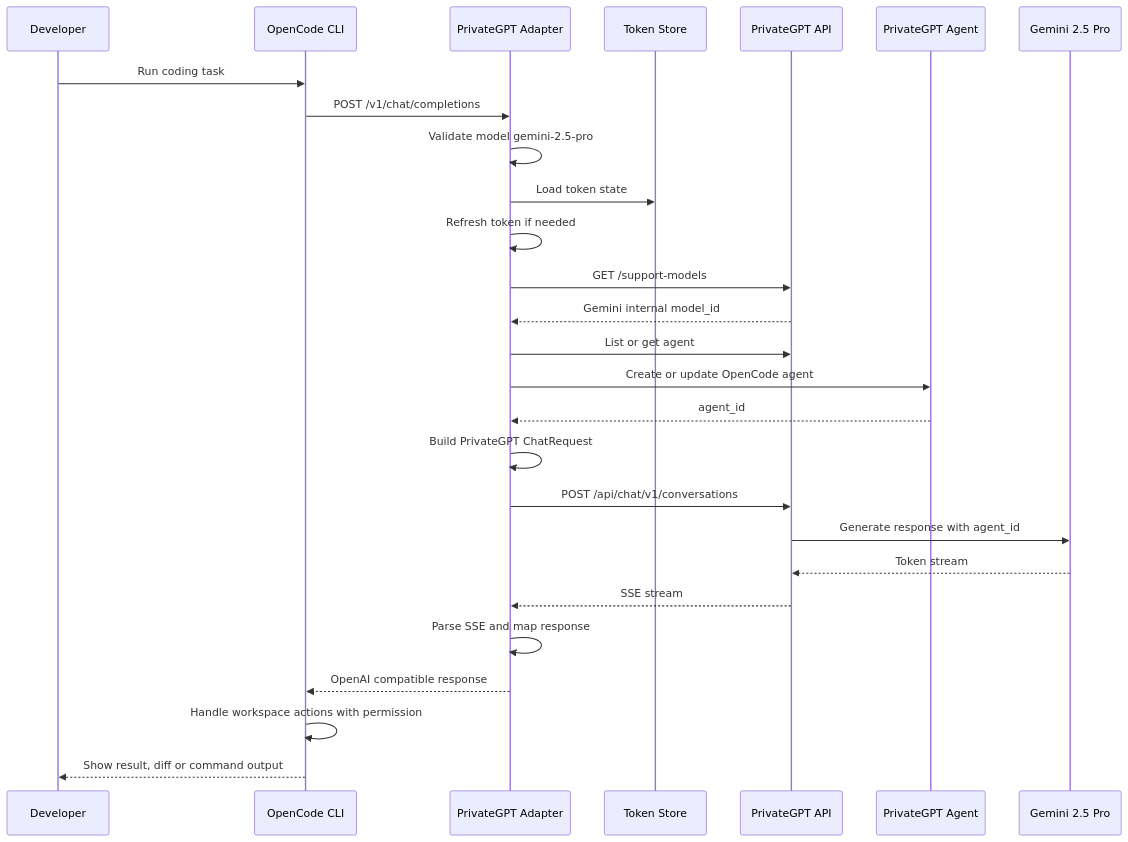
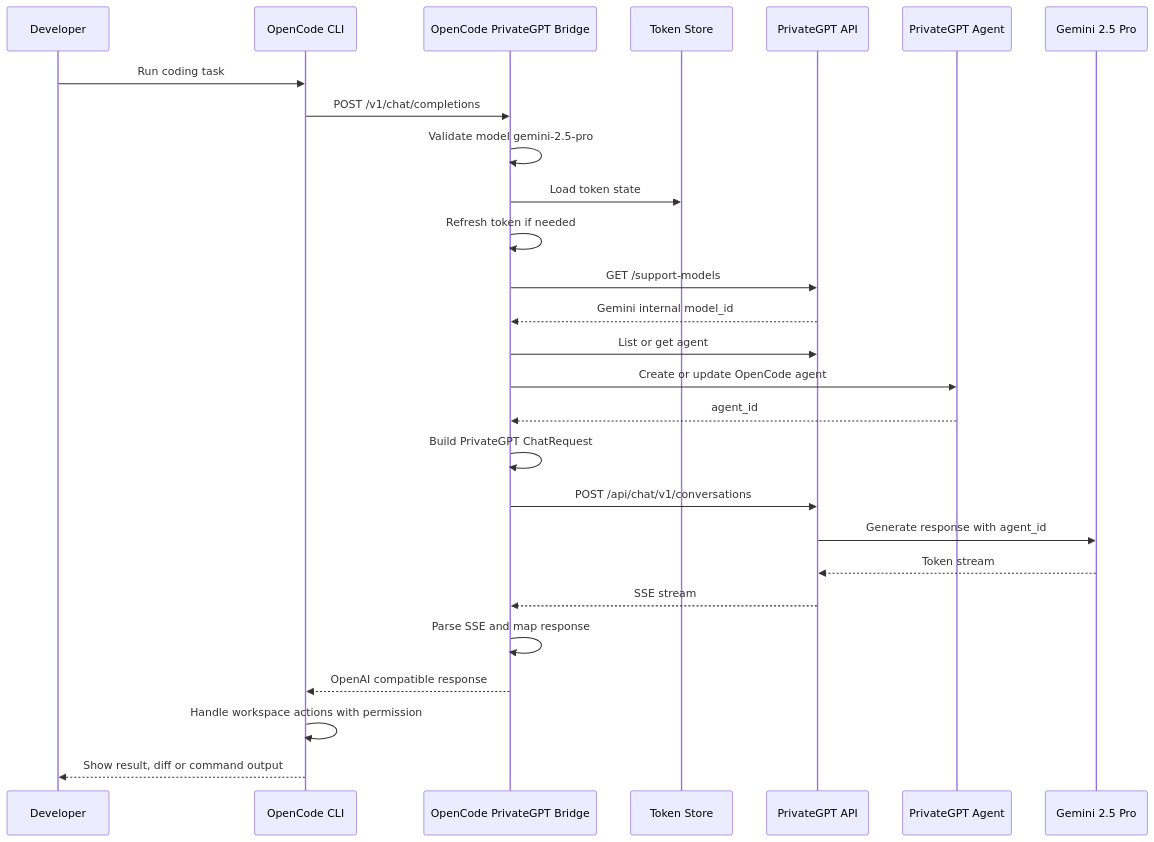
The diagram in docs/01-requirements/00.requirement.md (dongphongtieungao/fcli), drawn with Mermaid before and after one commit. The commit also changed other lines of this file and 40 other files, not shown here.

````diff
--- a/docs/01-requirements/00.requirement.md
+++ b/docs/01-requirements/00.requirement.md
@@ -805,30 +835,30 @@
 ```mermaid
 sequenceDiagram
     participant D as Developer
     participant O as OpenCode CLI
-    participant A as PrivateGPT Adapter
+    participant A as OpenCode PrivateGPT Bridge
     participant T as Token Store
     participant P as PrivateGPT API
     participant G as PrivateGPT Agent
     participant M as Gemini 2.5 Pro
 
     D->>O: Run coding task
     O->>A: POST /v1/chat/completions
     A->>A: Validate model gemini-2.5-pro
     A->>T: Load token state
     A->>A: Refresh token if needed
     A->>P: GET /support-models
     P-->>A: Gemini internal model_id
     A->>P: List or get agent
     A->>G: Create or update OpenCode agent
     G-->>A: agent_id
     A->>A: Build PrivateGPT ChatRequest
     A->>P: POST /api/chat/v1/conversations
     P->>M: Generate response with agent_id
     M-->>P: Token stream
     P-->>A: SSE stream
     A->>A: Parse SSE and map response
     A-->>O: OpenAI compatible response
     O->>O: Handle workspace actions with permission
     O-->>D: Show result, diff or command output
 ```
````
